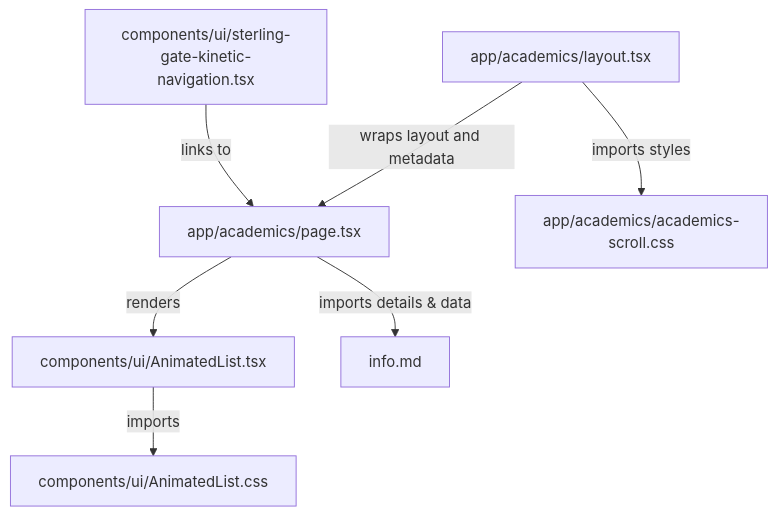
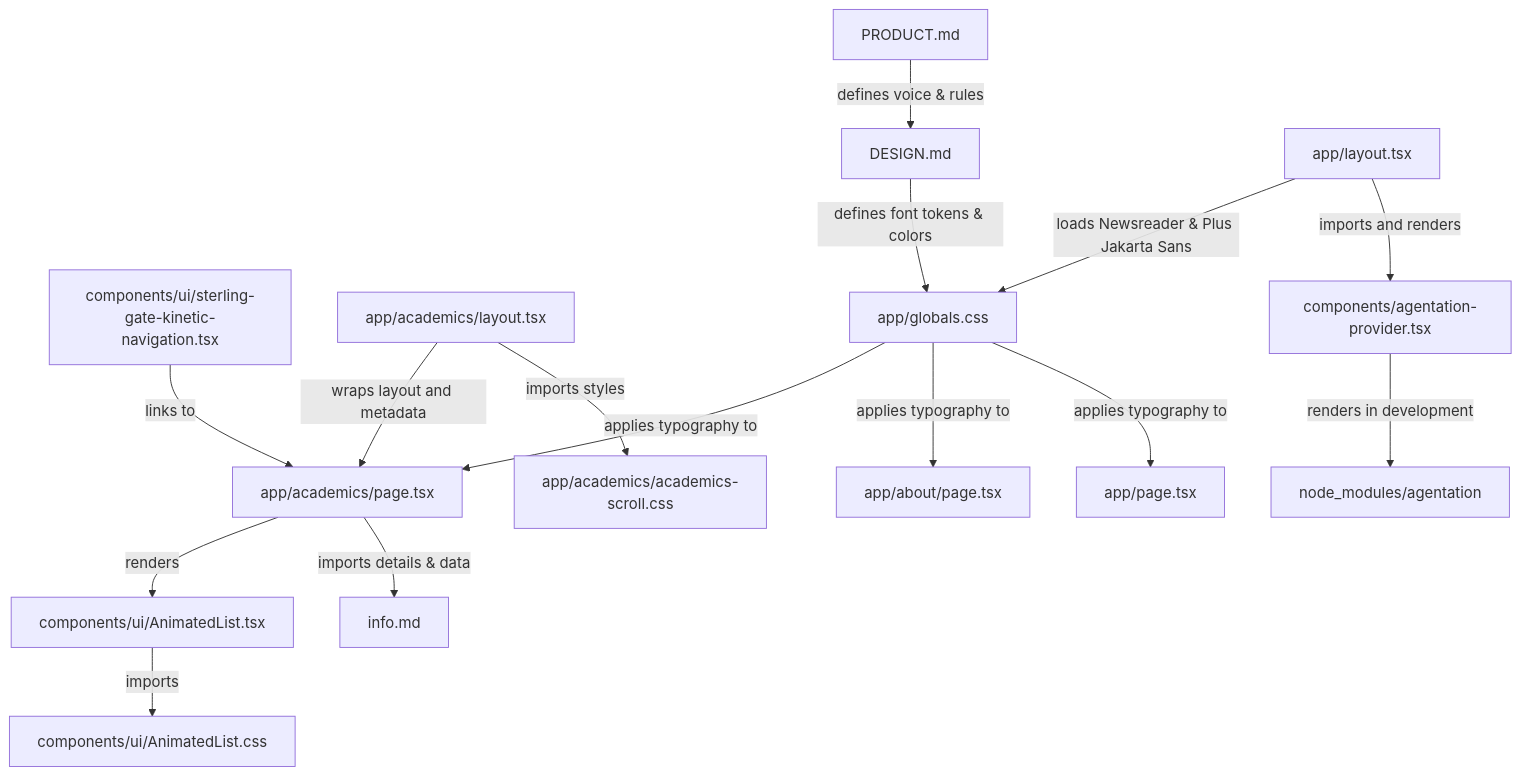
One commit to Phanivarma-hub/College-Web-Redesign changed the diagram in graphify-out/GRAPH_REPORT.md. Above: the diagram before and after it, drawn with Mermaid. The commit also changed other lines of this file and 105 other files, not shown here.

````diff
--- a/graphify-out/GRAPH_REPORT.md
+++ b/graphify-out/GRAPH_REPORT.md
@@ -7,9 +7,18 @@
 ```mermaid
 graph TD
     Nav[components/ui/sterling-gate-kinetic-navigation.tsx] -->|links to| AcademicsPage[app/academics/page.tsx]
     AcademicsLayout[app/academics/layout.tsx] -->|wraps layout and metadata| AcademicsPage
     AcademicsLayout -->|imports styles| ScrollCSS[app/academics/academics-scroll.css]
     AcademicsPage -->|renders| AnimList[components/ui/AnimatedList.tsx]
     AnimList -->|imports| AnimListCSS[components/ui/AnimatedList.css]
     AcademicsPage -->|imports details & data| InfoData[info.md]
+    
+    ProductCtx[PRODUCT.md] -->|defines voice & rules| DesignSys[DESIGN.md]
+    DesignSys -->|defines font tokens & colors| GlobalCSS[app/globals.css]
+    LayoutTSX[app/layout.tsx] -->|loads Newsreader & Plus Jakarta Sans| GlobalCSS
+    LayoutTSX -->|imports and renders| AgentationProvider[components/agentation-provider.tsx]
+    AgentationProvider -->|renders in development| Agentation[node_modules/agentation]
+    GlobalCSS -->|applies typography to| AcademicsPage
+    GlobalCSS -->|applies typography to| AboutPage[app/about/page.tsx]
+    GlobalCSS -->|applies typography to| HomePage[app/page.tsx]
 ```
````
